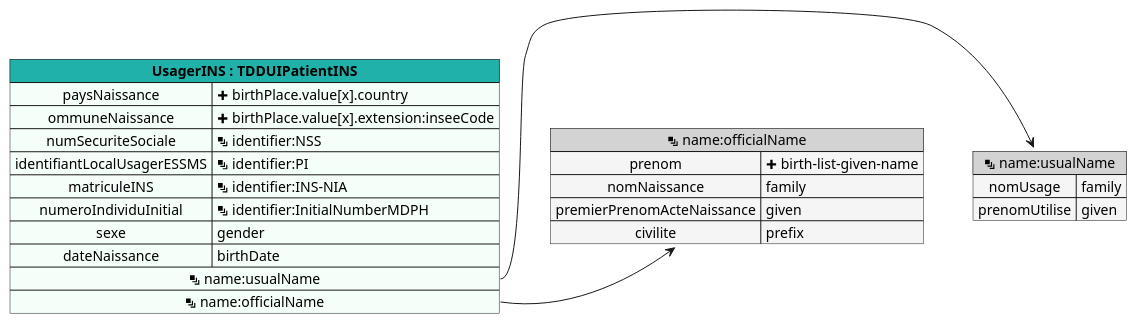
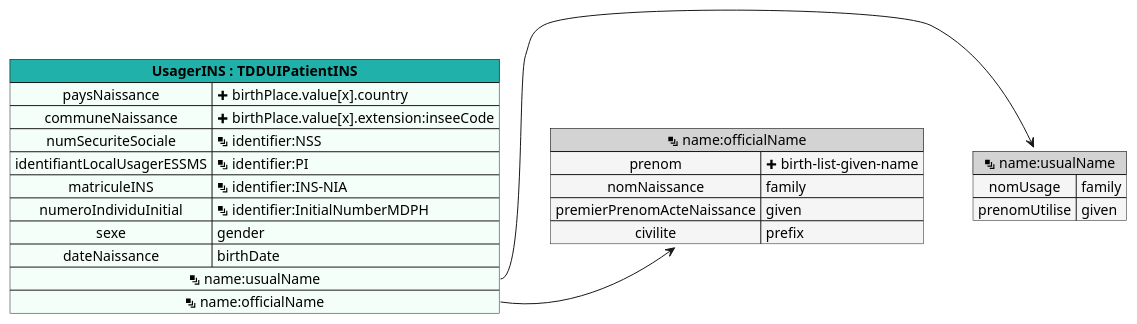
The diagram in input/images-source/mapping_TDDUIPatientINS.plantuml (ansforge/IG-fhir-medicosocial-transfert-donnees-dui), drawn with PlantUML before and after one commit.

```diff
--- a/input/images-source/mapping_TDDUIPatientINS.plantuml
+++ b/input/images-source/mapping_TDDUIPatientINS.plantuml
@@ -1,30 +1,30 @@
 @startuml
 
 map "<&layers> name:usualName" as nameusualName #back:WhiteSmoke;header:LightGray {
     nomUsage => family
     prenomUtilise => given
 }
 
 map "<&layers> name:officialName" as nameofficialName #back:WhiteSmoke;header:LightGray {
     prenom => <&plus> birth-list-given-name
     nomNaissance => family
     premierPrenomActeNaissance => given
     civilite => prefix
 }
 
 map "**UsagerINS : TDDUIPatientINS**" as UsagerINS #back:MintCream;header:LightSeaGreen {
     paysNaissance => <&plus> birthPlace.value[x].country
-    ommuneNaissance => <&plus> birthPlace.value[x].extension:inseeCode
+    communeNaissance => <&plus> birthPlace.value[x].extension:inseeCode
     numSecuriteSociale => <&layers> identifier:NSS
     identifiantLocalUsagerESSMS => <&layers> identifier:PI
     matriculeINS => <&layers> identifier:INS-NIR
     matriculeINS => <&layers> identifier:INS-NIA
     numeroIndividuInitial => <&layers> identifier:InitialNumberMDPH
     sexe => gender
     dateNaissance => birthDate
     <&layers> name:usualName *-> nameusualName
     <&layers> name:officialName *-> nameofficialName
 }
 
 
 @enduml
```
